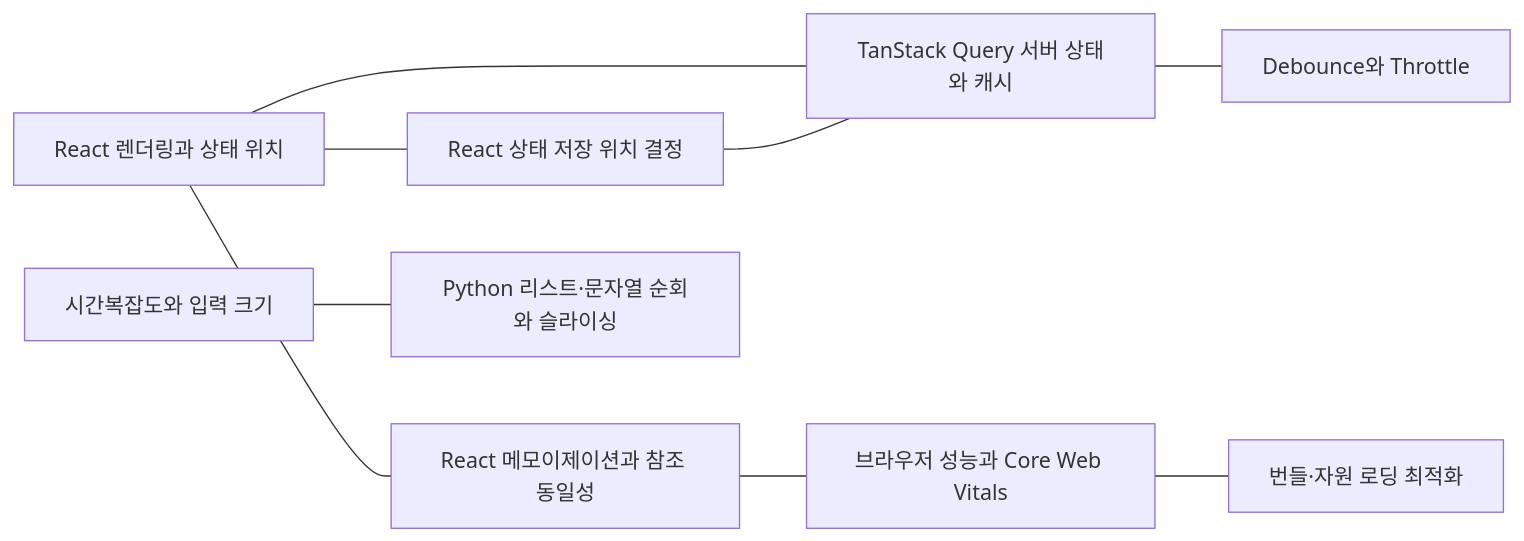
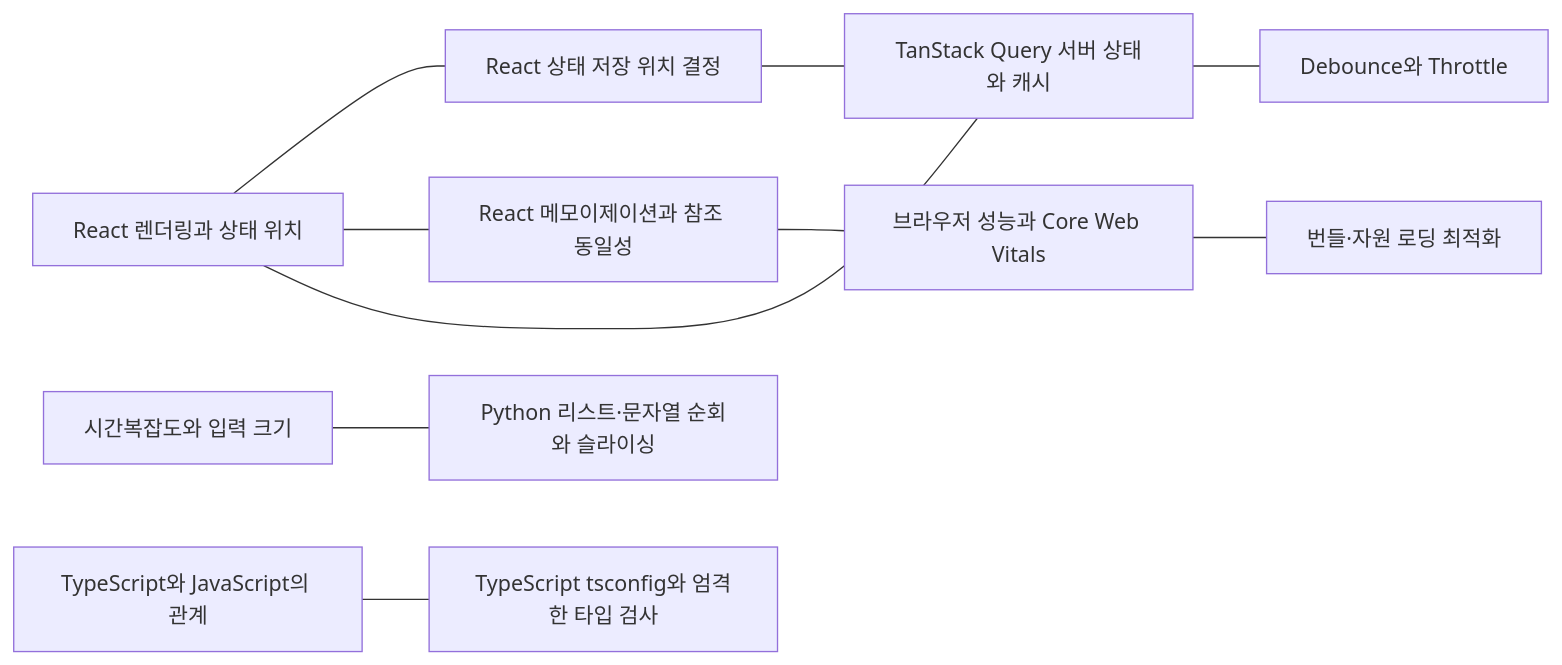
Before and after one commit to Dev-SangWoo/my-dev-wiki: the diagram in README.md, drawn with Mermaid.

Commit message:
TypeScript 설정 지식 그래프 연결 추가

````diff
--- a/README.md
+++ b/README.md
@@ -15,21 +15,24 @@
 ```mermaid
 graph LR
     rendering["React 렌더링과 상태 위치"]
     state["React 상태 저장 위치 결정"]
     memo["React 메모이제이션과 참조 동일성"]
     query["TanStack Query 서버 상태와 캐시"]
     debounce["Debounce와 Throttle"]
     browser["브라우저 성능과 Core Web Vitals"]
     loading["번들·자원 로딩 최적화"]
     complexity["시간복잡도와 입력 크기"]
     pylist["Python 리스트·문자열 순회와 슬라이싱"]
+    tsjs["TypeScript와 JavaScript의 관계"]
+    tsconfig["TypeScript tsconfig와 엄격한 타입 검사"]
 
     rendering --- state
     rendering --- memo
     rendering --- query
     state --- query
     query --- debounce
     memo --- browser
     browser --- loading
     complexity --- pylist
+    tsjs --- tsconfig
 ```
````
